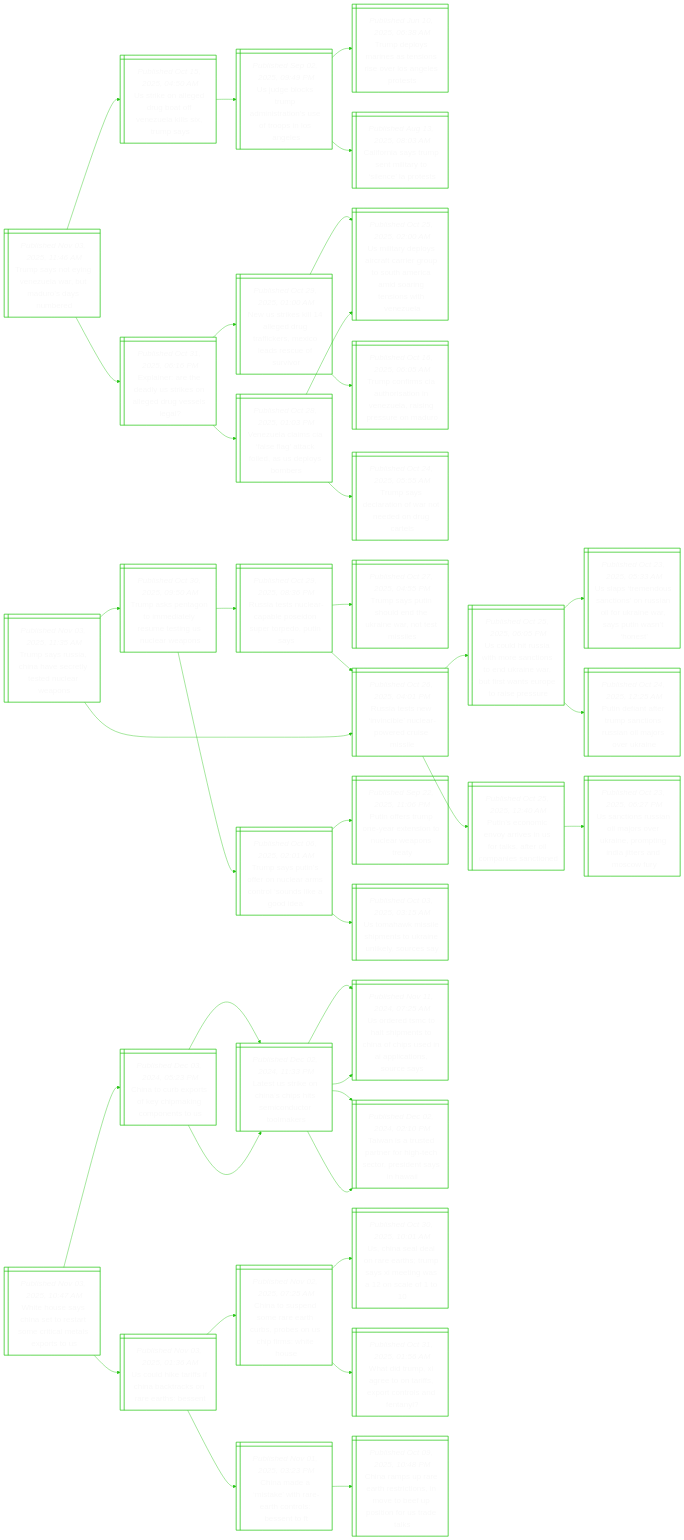
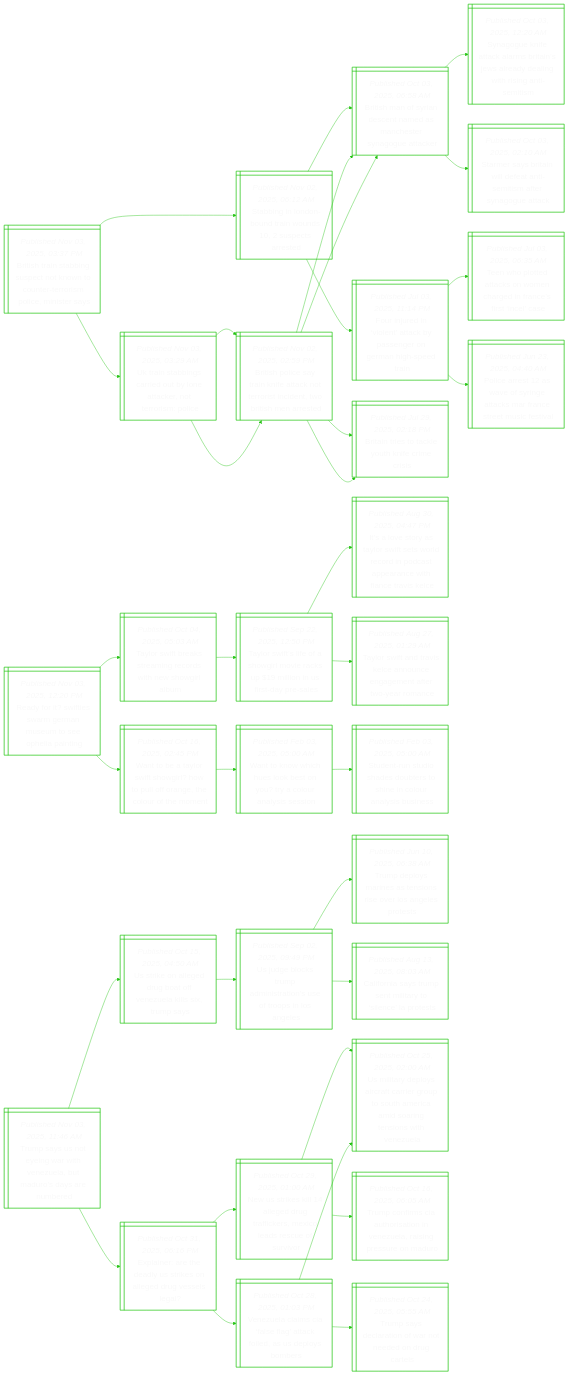
The diagram in README.md (notJmes/notJmes), drawn with Mermaid before and after one commit. The commit also changed other lines of this file, not shown here.

````diff
--- a/README.md
+++ b/README.md
@@ -16,8 +16,79 @@
 flowchart LR
 classDef txtsize font-size:20px;
 
-Tsoneauuamd@{ shape: win-pane, label: "_Published Nov 03, 2025, 11:46 AM_
-Trump says not eying venezuela war, but maduro’s days numbered" }
+Bsibscktneilies@{ shape: win-pane, label: "_Published Nov 03, 2025, 03:37 PM_
+British train stabbing suspect not known to counter-terrorism police, minister says" }
+SiLndndpat@{ shape: win-pane, label: "_Published Nov 02, 2025, 06:12 AM_
+Stabbing in london-bound train wounds 10, 2 suspects arrested" }
+Bsoisnaceaec@{ shape: win-pane, label: "_Published Oct 03, 2025, 06:58 AM_
+British man of syrian descent named as manchester synagogue attacker" }
+Sontasaerdnhnit@{ shape: win-pane, label: "_Published Oct 03, 2025, 12:20 AM_
+Synagogue knife attack alarms britain’s jews already dealing with rising anti-semitism" }
+Sesaletiasot@{ shape: win-pane, label: "_Published Oct 03, 2025, 02:10 AM_
+Starmer says britain will defeat anti-semitism after synagogue attack" }
+Fndoakseehpr@{ shape: win-pane, label: "_Published Jul 03, 2025, 11:14 PM_
+Four injured in ‘violent’ attack by passenger on german high-speed train" }
+Thttsmainina@{ shape: win-pane, label: "_Published Jul 03, 2025, 06:35 AM_
+Teen who plotted attacks on women charged in france’s first ‘incel’ case" }
+Pesasgaanruea@{ shape: win-pane, label: "_Published Jun 23, 2025, 04:40 AM_
+Police arrest 12 as wave of syringe attacks mar france street music festival" }
+Uibsitnanrsi@{ shape: win-pane, label: "_Published Nov 03, 2025, 03:29 AM_
+Uk train stabbings carried out by lone attacker, not terrorism: police" }
+BsiynectrnnBsat@{ shape: win-pane, label: "_Published Nov 02, 2025, 02:59 PM_
+British police say train knife attack not terrorist incident, two british men arrested" }
+Bsoisnaceaec@{ shape: win-pane, label: "_Published Oct 03, 2025, 06:58 AM_
+British man of syrian descent named as manchester synagogue attacker" }
+Bieaykccs@{ shape: win-pane, label: "_Published Jul 29, 2025, 02:18 PM_
+Britain tries to tackle youth knife crime crisis" }
+BsiynectrnnBsat@{ shape: win-pane, label: "_Published Nov 02, 2025, 02:59 PM_
+British police say train knife attack not terrorist incident, two british men arrested" }
+Bsoisnaceaec@{ shape: win-pane, label: "_Published Oct 03, 2025, 06:58 AM_
+British man of syrian descent named as manchester synagogue attacker" }
+Bieaykccs@{ shape: win-pane, label: "_Published Jul 29, 2025, 02:18 PM_
+Britain tries to tackle youth knife crime crisis" }
+
+Bsibscktneilies:::txtsize --> SiLndndpat:::txtsize
+SiLndndpat:::txtsize --> Bsoisnaceaec:::txtsize
+Bsoisnaceaec:::txtsize --> Sontasaerdnhnit:::txtsize
+Bsoisnaceaec:::txtsize --> Sesaletiasot:::txtsize
+SiLndndpat:::txtsize --> Fndoakseehpr:::txtsize
+Fndoakseehpr:::txtsize --> Thttsmainina:::txtsize
+Fndoakseehpr:::txtsize --> Pesasgaanruea:::txtsize
+Bsibscktneilies:::txtsize --> Uibsitnanrsi:::txtsize
+Uibsitnanrsi:::txtsize --> BsiynectrnnBsat:::txtsize
+BsiynectrnnBsat:::txtsize --> Bsoisnaceaec:::txtsize
+BsiynectrnnBsat:::txtsize --> Bieaykccs:::txtsize
+Uibsitnanrsi:::txtsize --> BsiynectrnnBsat:::txtsize
+BsiynectrnnBsat:::txtsize --> Bsoisnaceaec:::txtsize
+BsiynectrnnBsat:::txtsize --> Bieaykccs:::txtsize
+
+RfSiarutOin@{ shape: win-pane, label: "_Published Nov 03, 2025, 12:20 PM_
+Ready for it? swifties swarm german museum to see ophelia painting" }
+TrtkegrtSib@{ shape: win-pane, label: "_Published Oct 04, 2025, 05:03 AM_
+Taylor swift breaks streaming records with new showgirl album" }
+Trtehrikinfdes@{ shape: win-pane, label: "_Published Sep 22, 2025, 12:50 PM_
+Taylor swift’s life of a showgirl movie racks up $19 million in us first-day pre-sales" }
+IooTrtwrddarwiTse@{ shape: win-pane, label: "_Published Aug 30, 2025, 04:47 PM_
+It’s a love story as taylor swift sets world record in podcast appearance with fiance travis kelce" }
+TrtrKangetorc@{ shape: win-pane, label: "_Published Aug 27, 2025, 01:29 AM_
+Taylor swift and travis kelce announce engagement after two-year romance" }
+WoaSSiwloeoomt@{ shape: win-pane, label: "_Published Oct 16, 2025, 02:45 PM_
+Want to be a taylor swift showgirl? how to pull off orange, the colour of the moment" }
+Wowhosoaulso@{ shape: win-pane, label: "_Published Feb 03, 2025, 05:00 AM_
+Want to know which hues look best on you? try a colour analysis session" }
+Snsoebtnoasss@{ shape: win-pane, label: "_Published Feb 03, 2025, 05:00 AM_
+Student-run studio shades doubters to shine in colour analysis business" }
+
+RfSiarutOin:::txtsize --> TrtkegrtSib:::txtsize
+TrtkegrtSib:::txtsize --> Trtehrikinfdes:::txtsize
+Trtehrikinfdes:::txtsize --> IooTrtwrddarwiTse:::txtsize
+Trtehrikinfdes:::txtsize --> TrtrKangetorc:::txtsize
+RfSiarutOin:::txtsize --> WoaSSiwloeoomt:::txtsize
+WoaSSiwloeoomt:::txtsize --> Wowhosoaulso:::txtsize
+Wowhosoaulso:::txtsize --> Snsoebtnoasss:::txtsize
+
+TsSywteaasamd@{ shape: win-pane, label: "_Published Nov 03, 2025, 11:46 AM_
+Trump says us not eyeing war with venezuela, but maduro’s days are numbered" }
 UiaegonllTs@{ shape: win-pane, label: "_Published Oct 15, 2025, 04:50 AM_
 Us strike on alleged drug boat off venezuela kills six, trump says" }
 Ugcumtoeonns@{ shape: win-pane, label: "_Published Sep 02, 2025, 09:49 PM_
@@ -41,11 +112,11 @@
 Uidycceuomasnswee@{ shape: win-pane, label: "_Published Oct 25, 2025, 02:00 AM_
 Us military deploys aircraft carrier group to south america amid soaring tensions with venezuela" }
 
-Tsoneauuamd:::txtsize --> UiaegonllTs:::txtsize
+TsSywteaasamd:::txtsize --> UiaegonllTs:::txtsize
 UiaegonllTs:::txtsize --> Ugcumtoeonns:::txtsize
 Ugcumtoeonns:::txtsize --> TdyisiieAet:::txtsize
 Ugcumtoeonns:::txtsize --> CosrelylLt:::txtsize
-Tsoneauuamd:::txtsize --> Eirdyroersl:::txtsize
+TsSywteaasamd:::txtsize --> Eirdyroersl:::txtsize
 Eirdyroersl:::txtsize --> Nselgufexeeov:::txtsize
 Nselgufexeeov:::txtsize --> Uidycceuomasnswee:::txtsize
 Nselgufexeeov:::txtsize --> TcrAotnzrnsou:::txtsize
@@ -53,90 +124,4 @@
 VulClaaispbr:::txtsize --> Tseaonencl:::txtsize
 VulClaaispbr:::txtsize --> Uidycceuomasnswee:::txtsize
 
-TsuCheltcwn@{ shape: win-pane, label: "_Published Nov 03, 2025, 11:35 AM_
-Trump says russia, china have secretly tested nuclear weapons" }
-Taeomareinap@{ shape: win-pane, label: "_Published Oct 30, 2025, 09:50 AM_
-Trump asks pentagon to immediately resume testing us nuclear weapons" }
-RasepPdprPs@{ shape: win-pane, label: "_Published Oct 29, 2025, 08:36 PM_
-Russia tests nuclear-capable poseidon super torpedo, putin says" }
-Tsuheeiress@{ shape: win-pane, label: "_Published Oct 27, 2025, 04:55 PM_
-Trump says putin should end the ukraine war, not test missiles" }
-Rasniurruie@{ shape: win-pane, label: "_Published Oct 26, 2025, 04:01 PM_
-Russia tests new ‘invincible’ nuclear-powered cruise missile" }
-Tsuoolrnssai@{ shape: win-pane, label: "_Published Oct 06, 2025, 02:01 AM_
-Trump says putin’s offer on nuclear arms control ‘sounds like a good idea’" }
-Pospetouroe@{ shape: win-pane, label: "_Published Sep 22, 2025, 11:06 PM_
-Putin offers trump one-year extension to nuclear weapons treaty" }
-Uamlpsrueus@{ shape: win-pane, label: "_Published Oct 03, 2025, 03:15 AM_
-Us tomahawk missile shipments to ukraine unlikely, sources say" }
-Rasniurruie@{ shape: win-pane, label: "_Published Oct 26, 2025, 04:01 PM_
-Russia tests new ‘invincible’ nuclear-powered cruise missile" }
-UlRamaoerwttsparr@{ shape: win-pane, label: "_Published Oct 25, 2025, 06:05 PM_
-Us could hit russia with more sanctions to end ukraine war, but first wants europe to raise pressure" }
-UpmucssorirPwht@{ shape: win-pane, label: "_Published Oct 23, 2025, 05:33 AM_
-Us slaps ‘tremendous sanctions’ on russian oil for ukraine war, says putin wasn’t ‘honest’" }
-Pdnemcsilrri@{ shape: win-pane, label: "_Published Oct 24, 2025, 12:25 AM_
-Putin defiant after trump sanctions russian oil majors over ukraine" }
-Psonrsfltlasi@{ shape: win-pane, label: "_Published Oct 25, 2025, 12:40 AM_
-Putin’s economic envoy arrives in us for talks, after oil companies sanctioned" }
-Ucsilrrionitncr@{ shape: win-pane, label: "_Published Oct 23, 2025, 06:27 PM_
-Us sanctions russian oil majors over ukraine, prompting india jitters and moscow fury" }
-
-TsuCheltcwn:::txtsize --> Taeomareinap:::txtsize
-Taeomareinap:::txtsize --> RasepPdprPs:::txtsize
-RasepPdprPs:::txtsize --> Tsuheeiress:::txtsize
-RasepPdprPs:::txtsize --> Rasniurruie:::txtsize
-Taeomareinap:::txtsize --> Tsuoolrnssai:::txtsize
-Tsuoolrnssai:::txtsize --> Pospetouroe:::txtsize
-Tsuoolrnssai:::txtsize --> Uamlpsrueus:::txtsize
-TsuCheltcwn:::txtsize --> Rasniurruie:::txtsize
-Rasniurruie:::txtsize --> UlRamaoerwttsparr:::txtsize
-UlRamaoerwttsparr:::txtsize --> UpmucssorirPwht:::txtsize
-UlRamaoerwttsparr:::txtsize --> Pdnemcsilrri:::txtsize
-Rasniurruie:::txtsize --> Psonrsfltlasi:::txtsize
-Psonrsfltlasi:::txtsize --> Ucsilrrionitncr:::txtsize
-
-WHsheetcctxs@{ shape: win-pane, label: "_Published Nov 03, 2025, 10:47 AM_
-White house says china set to restart some critical metals exports to us" }
-CtbrkiimnU@{ shape: win-pane, label: "_Published Dec 03, 2024, 05:23 PM_
-China to curb exports of key chipmaking components to us" }
-Ltrnapsccok@{ shape: win-pane, label: "_Published Dec 02, 2024, 11:33 PM_
-Latest us strike on china’s chips hits semiconductor toolmakers" }
-UeShhnCopdacnry@{ shape: win-pane, label: "_Published Nov 11, 2024, 07:25 AM_
-Us ordered tsmc to halt shipments to china of chips used in ai applications, source says" }
-TnrdnrtePdaHi@{ shape: win-pane, label: "_Published Dec 02, 2024, 02:10 PM_
-Taiwan is a trusted partner for high-tech sector, president says in hawaii" }
-Ltrnapsccok@{ shape: win-pane, label: "_Published Dec 02, 2024, 11:33 PM_
-Latest us strike on china’s chips hits semiconductor toolmakers" }
-UeShhnCopdacnry@{ shape: win-pane, label: "_Published Nov 11, 2024, 07:25 AM_
-Us ordered tsmc to halt shipments to china of chips used in ai applications, source says" }
-TnrdnrtePdaHi@{ shape: win-pane, label: "_Published Dec 02, 2024, 02:10 PM_
-Taiwan is a trusted partner for high-tech sector, president says in hawaii" }
-UlefCbroehs@{ shape: win-pane, label: "_Published Nov 03, 2025, 01:36 AM_
-Us could hike tariffs if china backtracks on rare earths: bessent" }
-CtportbbUpsee@{ shape: win-pane, label: "_Published Nov 02, 2025, 07:25 AM_
-China to suspend some rare earth curbs, probes on us chip firms: white house" }
-Unloehmsewne@{ shape: win-pane, label: "_Published Oct 30, 2025, 10:01 AM_
-Us, china seal deal on rare earths; trump says xi meeting was a 12 on scale of 1 to 10" }
-Wimgoretrnt@{ shape: win-pane, label: "_Published Oct 31, 2025, 01:56 AM_
-What did trump, xi agree to on tariffs, export controls and fentanyl?" }
-Cmmkhecost@{ shape: win-pane, label: "_Published Nov 01, 2025, 03:23 PM_
-China made a ‘mistake’ with rare-earth controls: bessent to ft" }
-Cruehromouiftt@{ shape: win-pane, label: "_Published Oct 09, 2025, 10:48 PM_
-China ramps up rare earth restrictions, in move to beef up position for us trade talks" }
-
-WHsheetcctxs:::txtsize --> CtbrkiimnU:::txtsize
-CtbrkiimnU:::txtsize --> Ltrnapsccok:::txtsize
-Ltrnapsccok:::txtsize --> UeShhnCopdacnry:::txtsize
-Ltrnapsccok:::txtsize --> TnrdnrtePdaHi:::txtsize
-CtbrkiimnU:::txtsize --> Ltrnapsccok:::txtsize
-Ltrnapsccok:::txtsize --> UeShhnCopdacnry:::txtsize
-Ltrnapsccok:::txtsize --> TnrdnrtePdaHi:::txtsize
-WHsheetcctxs:::txtsize --> UlefCbroehs:::txtsize
-UlefCbroehs:::txtsize --> CtportbbUpsee:::txtsize
-CtportbbUpsee:::txtsize --> Unloehmsewne:::txtsize
-CtportbbUpsee:::txtsize --> Wimgoretrnt:::txtsize
-UlefCbroehs:::txtsize --> Cmmkhecost:::txtsize
-Cmmkhecost:::txtsize --> Cruehromouiftt:::txtsize
-
 ```
````
